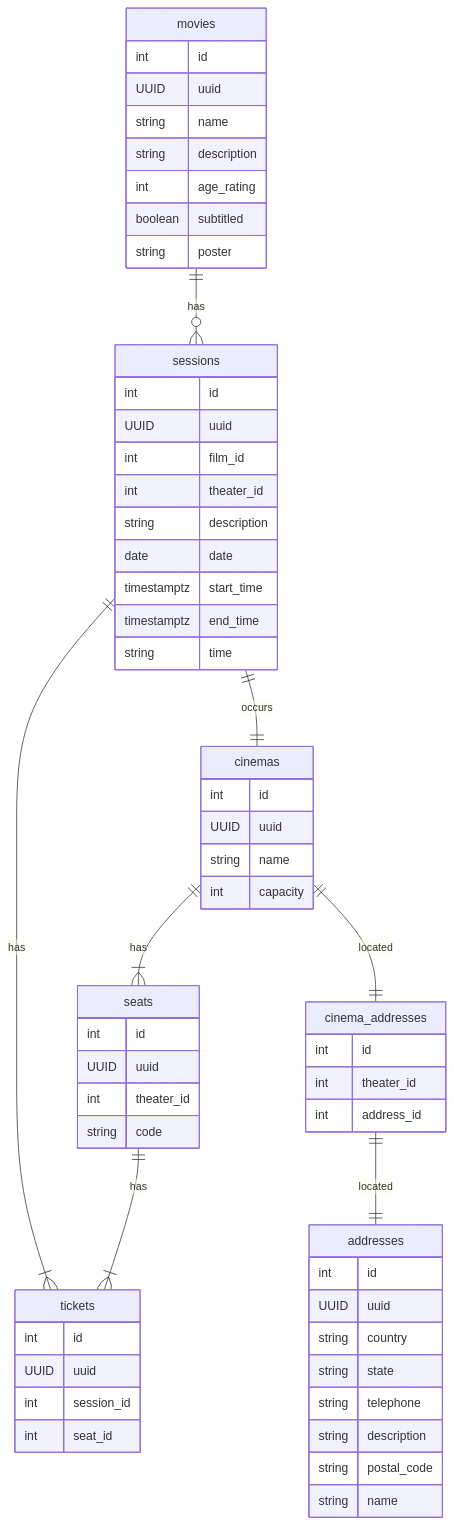
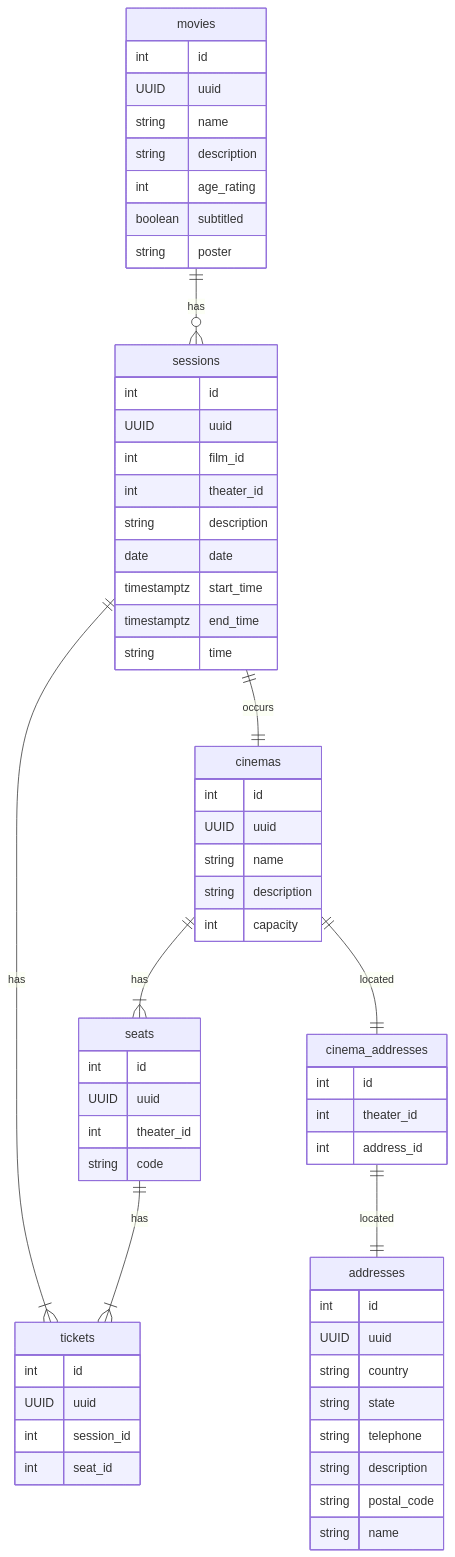
Before and after one commit to jtonynet/cine-catalogo: the second of 2 diagrams in README.md, drawn with Mermaid. The commit also changed 10 other files, not shown here.

````diff
--- a/README.md
+++ b/README.md
@@ -150,64 +150,65 @@
 ```mermaid
 erDiagram 
     movies {
         int id
         UUID uuid
         string name
         string description
         int age_rating
         boolean subtitled
         string poster
     }
     sessions {
         int id
         UUID uuid
         int film_id
         int theater_id
         string description
         date date
         timestamptz start_time
         timestamptz end_time
         string time
     }
     cinemas {
         int id
         UUID uuid
         string name
+        string description
         int capacity
     }
     seats {
         int id
         UUID uuid
         int theater_id
         string code
     }
     tickets {
         int id
         UUID uuid
         int session_id
         int seat_id
     }
     addresses {
         int id
         UUID uuid
         string country
         string state
         string telephone
         string description
         string postal_code
         string name
     }
     cinema_addresses {
         int id
         int theater_id
         int address_id
     }
 
     movies ||--o{ sessions : has
     sessions ||--|| cinemas : occurs
     cinemas ||--|{ seats : has
     sessions ||--|{ tickets : has
     seats ||--|{ tickets : has
     cinemas ||--|| cinema_addresses : located
     cinema_addresses ||--|| addresses : located
 ```
````
